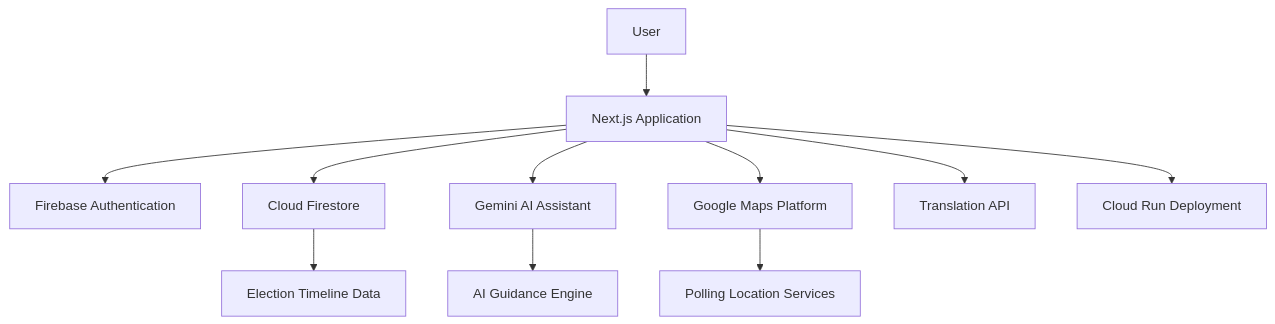
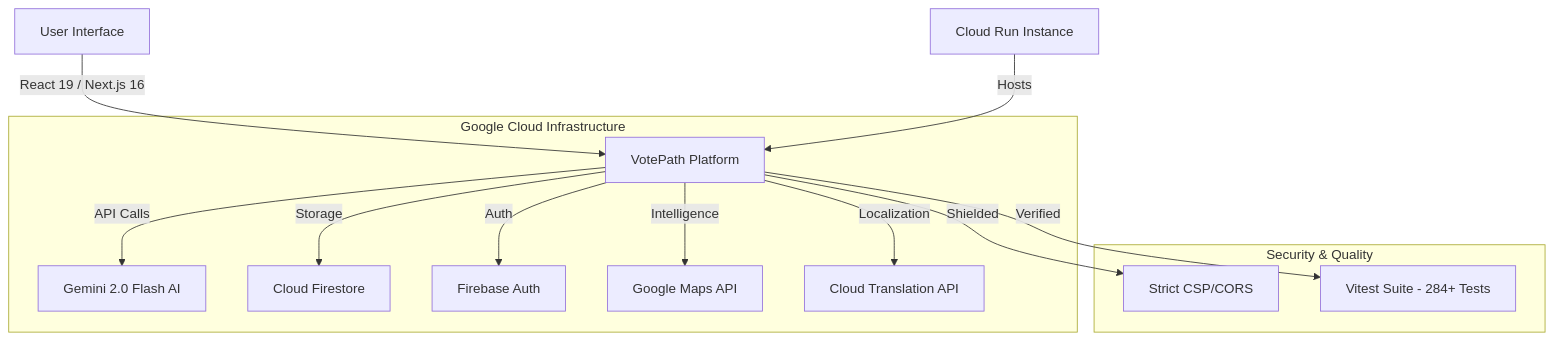
One commit to Akshatr08/votepath-ai changed the diagram in README.md. Above: the diagram before and after it, drawn with Mermaid. The commit also changed other lines of this file, not shown here.

````diff
--- a/README.md
+++ b/README.md
@@ -136,16 +103,19 @@
 ```mermaid
 graph TD
-    A[User] --> B[Next.js Application]
+    User[User Interface] -- React 19 / Next.js 16 --> App[VotePath Platform]
+    
+    subgraph "Google Cloud Infrastructure"
+        App -- API Calls --> Gemini[Gemini 2.0 Flash AI]
+        App -- Storage --> Firestore[Cloud Firestore]
+        App -- Auth --> Firebase[Firebase Auth]
+        App -- Intelligence --> Maps[Google Maps API]
+        App -- Localization --> Translate[Cloud Translation API]
+    end
 
-    B --> C[Firebase Authentication]
-    B --> D[Cloud Firestore]
-    B --> E[Gemini AI Assistant]
-    B --> F[Google Maps Platform]
-    B --> G[Translation API]
+    subgraph "Security & Quality"
+        App -- Shielded --> CSP[Strict CSP/CORS]
+        App -- Verified --> Tests[Vitest Suite - 284+ Tests]
+    end
 
-    E --> H[AI Guidance Engine]
-    D --> I[Election Timeline Data]
-    F --> J[Polling Location Services]
-
-    B --> K[Cloud Run Deployment]
+    Deploy[Cloud Run Instance] -- Hosts --> App
 ```
````
